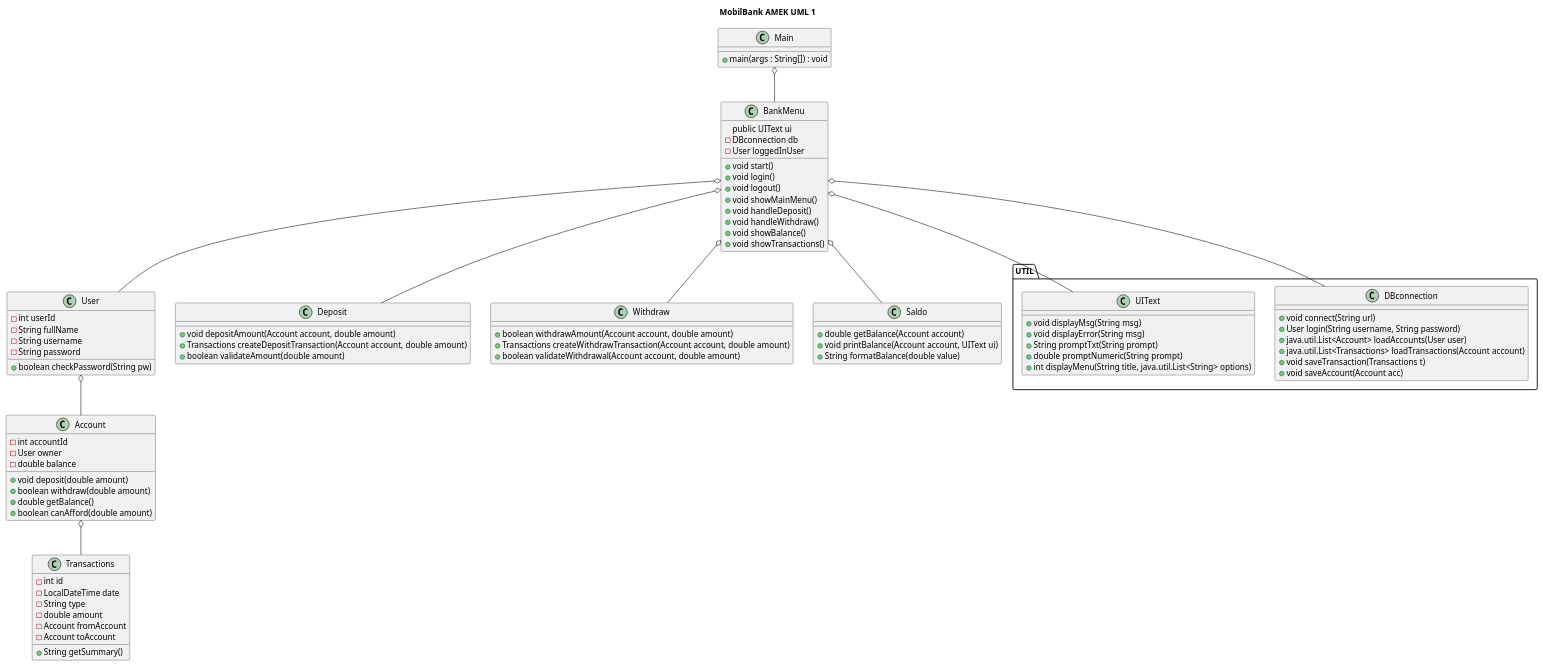
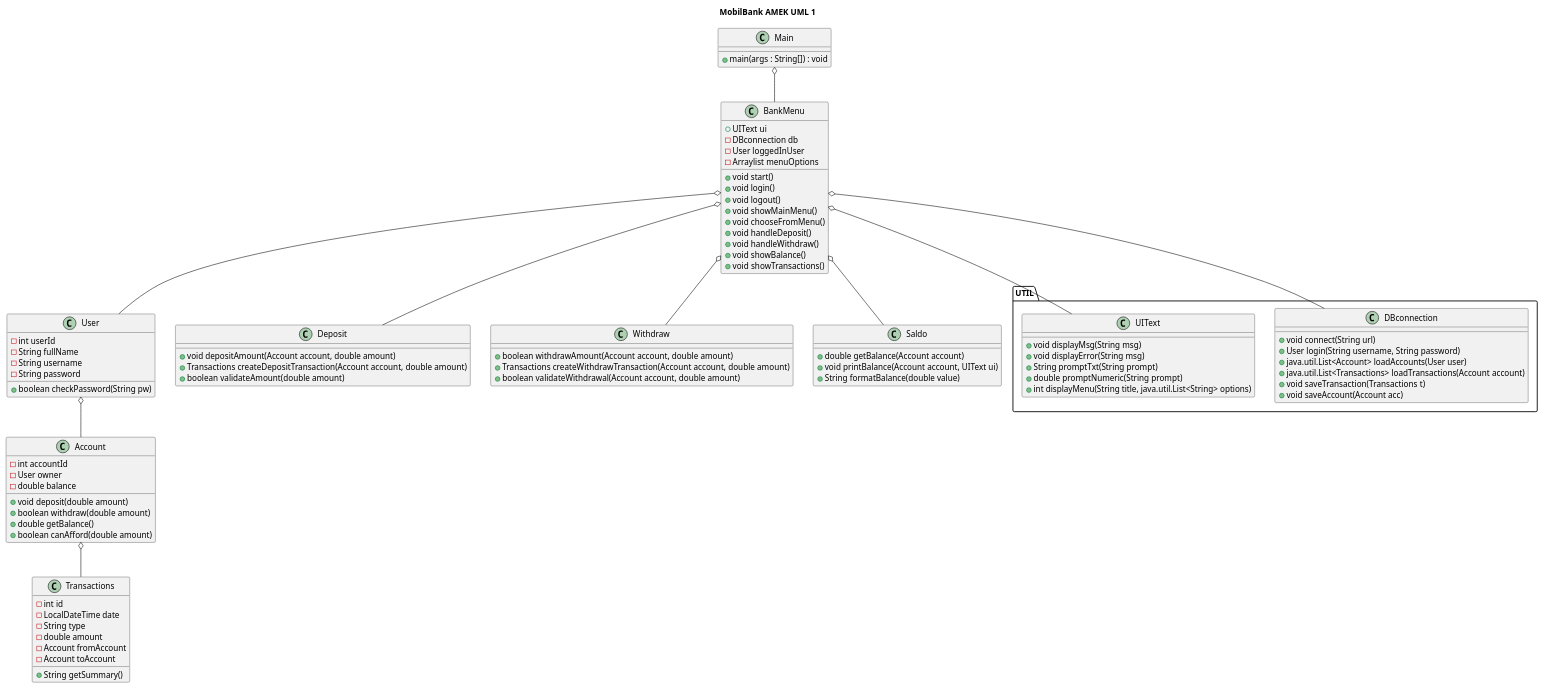
Before and after one commit to KhattabE/BANKSYSTEMICE: the diagram in data/klassediagram.puml, drawn with PlantUML. The commit also changed 4 other files, not shown here.

```diff
--- a/data/klassediagram.puml
+++ b/data/klassediagram.puml
@@ -1,114 +1,115 @@
 @startuml
 
 skinparam classAttributeIconSize 12
 
 
 title MobilBank AMEK UML 1
 
 ' ---------- MAIN ----------
 class Main {
     + main(args : String[]) : void
 }
 
 ' ---------- BANKMENU ----------
 class BankMenu {
-    public UIText ui
+    + UIText ui
     - DBconnection db
     - User loggedInUser
-
+    - Arraylist menuOptions
     + void start()
     + void login()
     + void logout()
     + void showMainMenu()
+    + void chooseFromMenu()
     + void handleDeposit()
     + void handleWithdraw()
     + void showBalance()
     + void showTransactions()
 }
 
 ' ---------- DOMAIN ----------
 class User {
     - int userId
     - String fullName
     - String username
     - String password
 
     + boolean checkPassword(String pw)
 }
 
 class Account {
     - int accountId
     - User owner
     - double balance
 
     + void deposit(double amount)
     + boolean withdraw(double amount)
     + double getBalance()
     + boolean canAfford(double amount)
 }
 
 class Transactions {
     - int id
     - LocalDateTime date
     - String type
     - double amount
     - Account fromAccount
     - Account toAccount
 
     + String getSummary()
 }
 
 ' ---------- SERVICES ----------
 class Deposit {
     + void depositAmount(Account account, double amount)
     + Transactions createDepositTransaction(Account account, double amount)
     + boolean validateAmount(double amount)
 }
 
 class Withdraw {
     + boolean withdrawAmount(Account account, double amount)
     + Transactions createWithdrawTransaction(Account account, double amount)
     + boolean validateWithdrawal(Account account, double amount)
 }
 
 class Saldo {
     + double getBalance(Account account)
     + void printBalance(Account account, UIText ui)
     + String formatBalance(double value)
 }
 
 ' ---------- UTIL ----------
 package UTIL {
     class DBconnection {
         + void connect(String url)
         + User login(String username, String password)
         + java.util.List<Account> loadAccounts(User user)
         + java.util.List<Transactions> loadTransactions(Account account)
         + void saveTransaction(Transactions t)
         + void saveAccount(Account acc)
     }
 
     class UIText {
         + void displayMsg(String msg)
         + void displayError(String msg)
         + String promptTxt(String prompt)
         + double promptNumeric(String prompt)
         + int displayMenu(String title, java.util.List<String> options)
     }
 }
 
 ' ---------- RELATIONER ----------
 Main o-- BankMenu
 
 BankMenu o-- User
 User o-- Account
 Account o-- Transactions
 
 BankMenu o-- Deposit
 BankMenu o-- Withdraw
 BankMenu o-- Saldo
 
 BankMenu o-- DBconnection
 BankMenu o-- UIText
 
 @enduml
```
